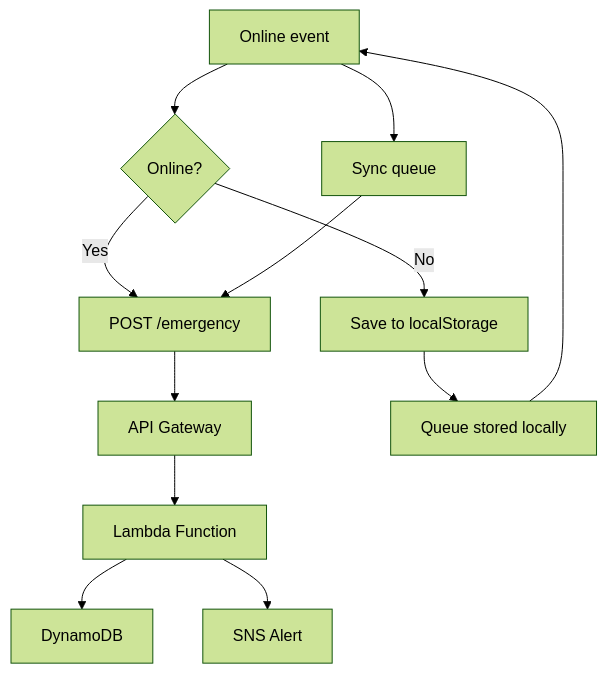
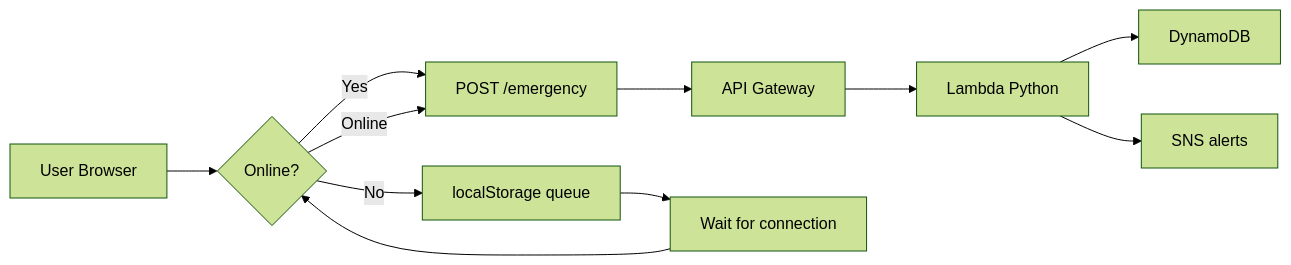
Before and after one commit to tanikush/emergency-mesh-network: the diagram in README.md, drawn with Mermaid (forest theme). The commit also changed other lines of this file, not shown here.

````diff
--- a/README.md
+++ b/README.md
@@ -35,14 +38,13 @@
 ```mermaid
-graph TD
+graph LR
     A[User Browser] --> B{Online?}
     B -->|Yes| C[POST /emergency]
-    B -->|No| D[Save to localStorage]
+    B -->|No| D[localStorage queue]
     C --> E[API Gateway]
-    D --> F[Queue stored locally]
-    E --> G[Lambda Function]
+    D --> F[Wait for connection]
+    E --> G[Lambda Python]
     G --> H[DynamoDB]
-    G --> I[SNS Alert]
-    F --> A[Online event]
-    A --> J[Sync queue]
-    J --> C
+    G --> I[SNS alerts]
+    F --> B
+    B -->|Online| C
 ```
````
